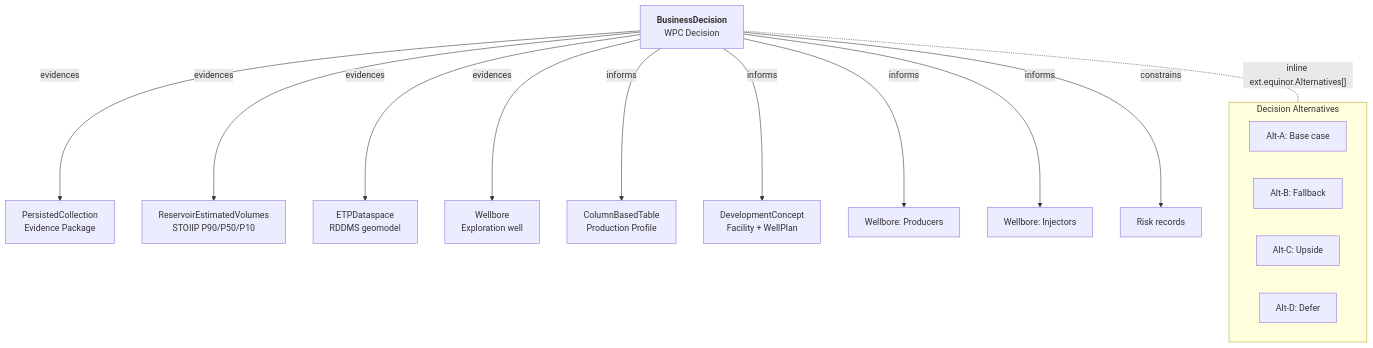
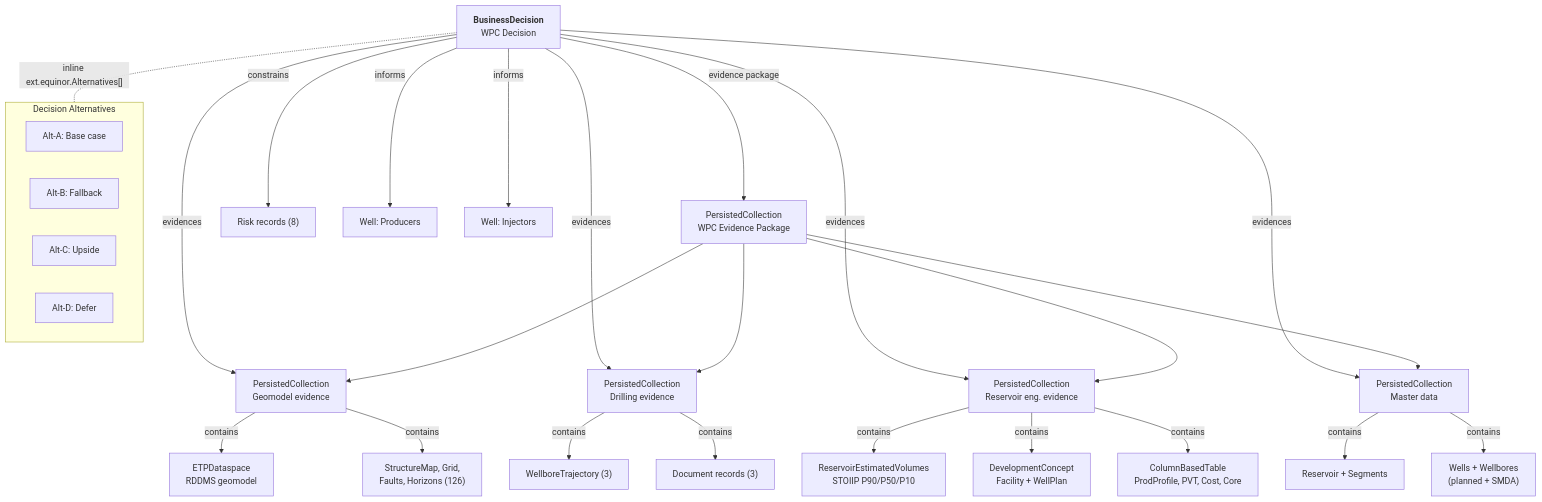
The diagram in md/OsduWellWpcOntology.md (equinor/ores), drawn with Mermaid before and after one commit. The commit also changed other lines of this file and 202 other files, not shown here.

````diff
--- a/md/OsduWellWpcOntology.md
+++ b/md/OsduWellWpcOntology.md
@@ -17,25 +17,41 @@
 ```mermaid
 graph TD
     BD["<b>BusinessDecision</b><br/>WPC Decision"]
 
-    BD -->|evidences| EPKG["PersistedCollection<br/>Evidence Package"]
-    BD -->|evidences| VOL["ReservoirEstimatedVolumes<br/>STOIIP P90/P50/P10"]
-    BD -->|evidences| GEOMODEL["ETPDataspace<br/>RDDMS geomodel"]
-    BD -->|evidences| WELL_EXP["Wellbore<br/>Exploration well"]
+    BD -->|evidence package| EPKG["PersistedCollection<br/>WPC Evidence Package"]
+    BD -->|evidences| GEOMODEL["PersistedCollection<br/>Geomodel evidence"]
+    BD -->|evidences| DRILL["PersistedCollection<br/>Drilling evidence"]
+    BD -->|evidences| RESENG["PersistedCollection<br/>Reservoir eng. evidence"]
+    BD -->|evidences| MDATA["PersistedCollection<br/>Master data"]
 
-    BD -->|informs| PROD_PROF["ColumnBasedTable<br/>Production Profile"]
-    BD -->|informs| DC["DevelopmentConcept<br/>Facility + WellPlan"]
-    BD -->|informs| W_PROD["Wellbore: Producers"]
-    BD -->|informs| W_INJ["Wellbore: Injectors"]
+    EPKG --> GEOMODEL
+    EPKG --> DRILL
+    EPKG --> RESENG
+    EPKG --> MDATA
 
-    BD -->|constrains| R["Risk records"]
+    GEOMODEL -->|contains| DS["ETPDataspace<br/>RDDMS geomodel"]
+    GEOMODEL -->|contains| SM["StructureMap, Grid,<br/>Faults, Horizons (126)"]
+
+    DRILL -->|contains| TRAJ["WellboreTrajectory (3)"]
+    DRILL -->|contains| DOCS["Document records (3)"]
+
+    RESENG -->|contains| VOL["ReservoirEstimatedVolumes<br/>STOIIP P90/P50/P10"]
+    RESENG -->|contains| DC["DevelopmentConcept<br/>Facility + WellPlan"]
+    RESENG -->|contains| CBT["ColumnBasedTable<br/>ProdProfile, PVT, Cost, Core"]
+
+    MDATA -->|contains| RES["Reservoir + Segments"]
+    MDATA -->|contains| WELLS["Wells + Wellbores<br/>(planned + SMDA)"]
+
+    BD -->|constrains| R["Risk records (8)"]
+    BD -->|informs| W_PROD["Well: Producers"]
+    BD -->|informs| W_INJ["Well: Injectors"]
 
     BD -.-|"inline ext.equinor.Alternatives[]"| ALT
 
     subgraph ALT["Decision Alternatives"]
         A1["Alt-A: Base case"]
         A2["Alt-B: Fallback"]
         A3["Alt-C: Upside"]
         A4["Alt-D: Defer"]
     end
 ```
````
